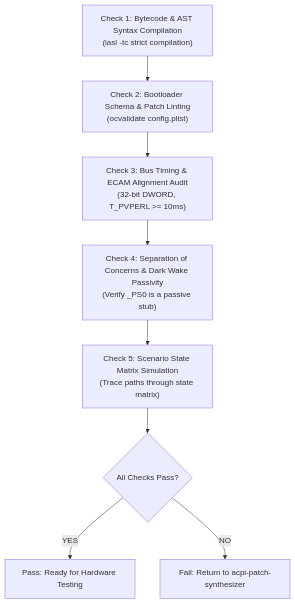
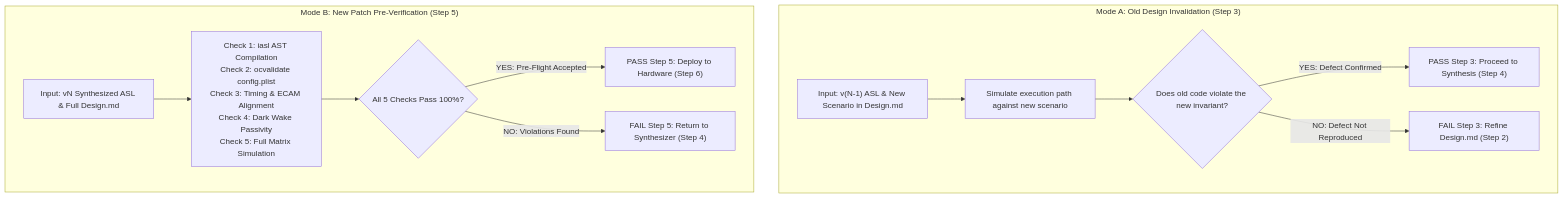
One commit to datacompboy/xmg_deep_sleep changed the diagram in DeepSleepInvestigateSkill/acpi-static-verifier/SKILL.md. Above: the diagram before and after it, drawn with Mermaid. The commit also changed other lines of this file and 4 other files, not shown here.

Commit message:
Add auto-re-validate previous static testing after design update.

````diff
--- a/DeepSleepInvestigateSkill/acpi-static-verifier/SKILL.md
+++ b/DeepSleepInvestigateSkill/acpi-static-verifier/SKILL.md
@@ -23,11 +14,18 @@
 ```mermaid
 flowchart TD
-    A["Check 1: Bytecode & AST Syntax Compilation<br/>(iasl -tc strict compilation)"]
-    --> B["Check 2: Bootloader Schema & Patch Linting<br/>(ocvalidate config.plist)"]
-    --> C["Check 3: Bus Timing & ECAM Alignment Audit<br/>(32-bit DWORD, T_PVPERL >= 10ms)"]
-    --> D["Check 4: Separation of Concerns & Dark Wake Passivity<br/>(Verify _PS0 is a passive stub)"]
-    --> E["Check 5: Scenario State Matrix Simulation<br/>(Trace paths through state matrix)"]
-    --> Gate{"All Checks Pass?"}
-    Gate -->|YES| Pass["Pass: Ready for Hardware Testing"]
-    Gate -->|NO| Fail["Fail: Return to acpi-patch-synthesizer"]
+    subgraph ModeA["Mode A: Old Design Invalidation (Step 3)"]
+        A1["Input: v(N-1) ASL & New Scenario in Design.md"]
+        --> A2["Simulate execution path against new scenario"]
+        --> A3{"Does old code violate the new invariant?"}
+        A3 -->|YES: Defect Confirmed| A4["PASS Step 3: Proceed to Synthesis (Step 4)"]
+        A3 -->|NO: Defect Not Reproduced| A5["FAIL Step 3: Refine Design.md (Step 2)"]
+    end
+
+    subgraph ModeB["Mode B: New Patch Pre-Verification (Step 5)"]
+        B1["Input: vN Synthesized ASL & Full Design.md"]
+        --> B2["Check 1: iasl AST Compilation<br/>Check 2: ocvalidate config.plist<br/>Check 3: Timing & ECAM Alignment<br/>Check 4: Dark Wake Passivity<br/>Check 5: Full Matrix Simulation"]
+        --> B3{"All 5 Checks Pass 100%?"}
+        B3 -->|YES: Pre-Flight Accepted| B4["PASS Step 5: Deploy to Hardware (Step 6)"]
+        B3 -->|NO: Violations Found| B5["FAIL Step 5: Return to Synthesizer (Step 4)"]
+    end
 ```
````
